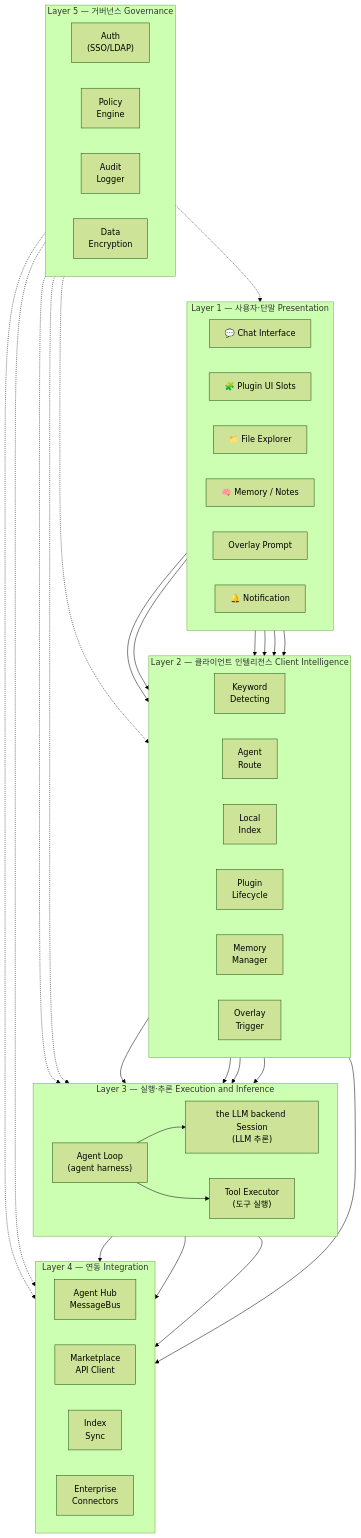
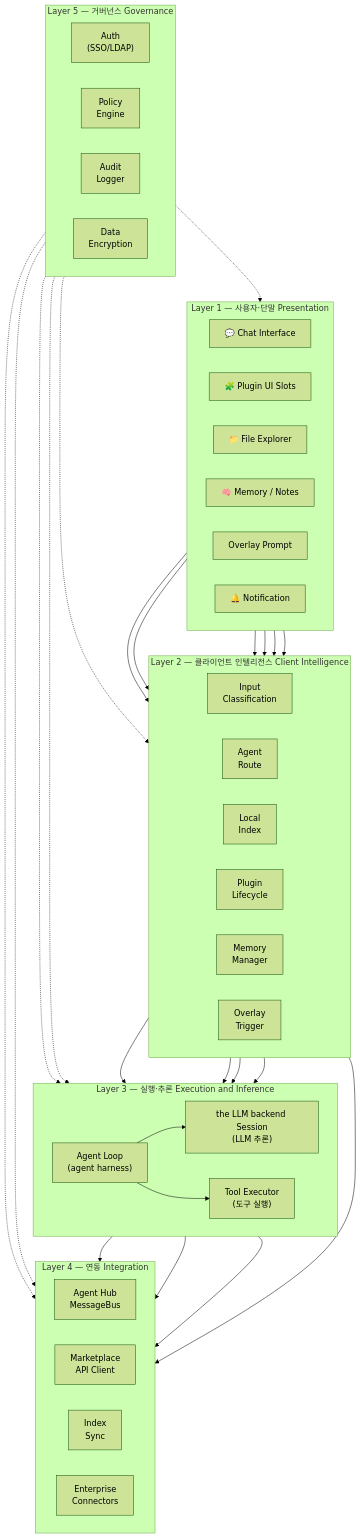
The fourth of 44 diagrams in docs/ko/architecture/architecture.md (lvis-project/lvis-app), drawn with Mermaid (forest theme) before and after one commit. The commit also changed other lines of this file and 10 other files, not shown here.

````diff
--- a/docs/ko/architecture/architecture.md
+++ b/docs/ko/architecture/architecture.md
@@ -230,71 +230,71 @@
 ```mermaid
 graph TB
     subgraph "Layer 1 — 사용자·단말 Presentation"
         direction LR
         L1_CHAT["💬 Chat Interface"]
         L1_PLUGIN_UI["🧩 Plugin UI Slots"]
         L1_FILE["📁 File Explorer"]
         L1_MEM["🧠 Memory / Notes"]
         L1_OVERLAY["Overlay Prompt"]
         L1_NOTIFY["🔔 Notification"]
     end
 
     subgraph "Layer 2 — 클라이언트 인텔리전스 Client Intelligence"
         direction LR
-        L2_KW["Keyword<br/>Detecting"]
+        L2_KW["Input<br/>Classification"]
         L2_ROUTE["Agent<br/>Route"]
         L2_IDX["Local<br/>Index"]
         L2_PLUGIN["Plugin<br/>Lifecycle"]
         L2_MEMORY["Memory<br/>Manager"]
         L2_OVERLAY["Overlay<br/>Trigger"]
     end
 
     subgraph "Layer 3 — 실행·추론 Execution and Inference"
         direction LR
         L3_SESSION["the LLM backend Session<br/>(LLM 추론)"]
         L3_TOOL["Tool Executor<br/>(도구 실행)"]
         L3_AGENT_LOOP["Agent Loop<br/>(agent harness)"]
     end
 
     subgraph "Layer 4 — 연동 Integration"
         direction LR
         L4_MSGBUS["Agent Hub<br/>MessageBus"]
         L4_MARKET["Marketplace<br/>API Client"]
         L4_SYNC["Index<br/>Sync"]
         L4_CONNECTOR["Enterprise<br/>Connectors"]
     end
 
     subgraph "Layer 5 — 거버넌스 Governance"
         direction LR
         L5_AUTH["Auth<br/>(SSO/LDAP)"]
         L5_POLICY["Policy<br/>Engine"]
         L5_AUDIT["Audit<br/>Logger"]
         L5_ENCRYPT["Data<br/>Encryption"]
     end
 
     L1_CHAT --> L2_KW
     L1_CHAT --> L2_ROUTE
     L1_PLUGIN_UI --> L2_PLUGIN
     L1_FILE --> L2_IDX
     L1_MEM --> L2_MEMORY
     L1_OVERLAY --> L2_OVERLAY
 
     L2_KW --> L3_AGENT_LOOP
     L2_ROUTE --> L3_AGENT_LOOP
     L2_MEMORY --> L3_SESSION
     L2_OVERLAY --> L3_SESSION
     L3_AGENT_LOOP --> L3_SESSION
     L3_AGENT_LOOP --> L3_TOOL
 
     L3_SESSION --> L4_MSGBUS
     L3_TOOL --> L4_MARKET
     L3_TOOL --> L4_CONNECTOR
     L2_IDX --> L4_SYNC
 
     L5_AUTH -.-> L1_CHAT
     L5_POLICY -.-> L3_TOOL
     L5_POLICY -.-> L4_CONNECTOR
     L5_AUDIT -.-> L3_SESSION
     L5_AUDIT -.-> L4_MSGBUS
     L5_ENCRYPT -.-> L2_MEMORY
 ```
````
